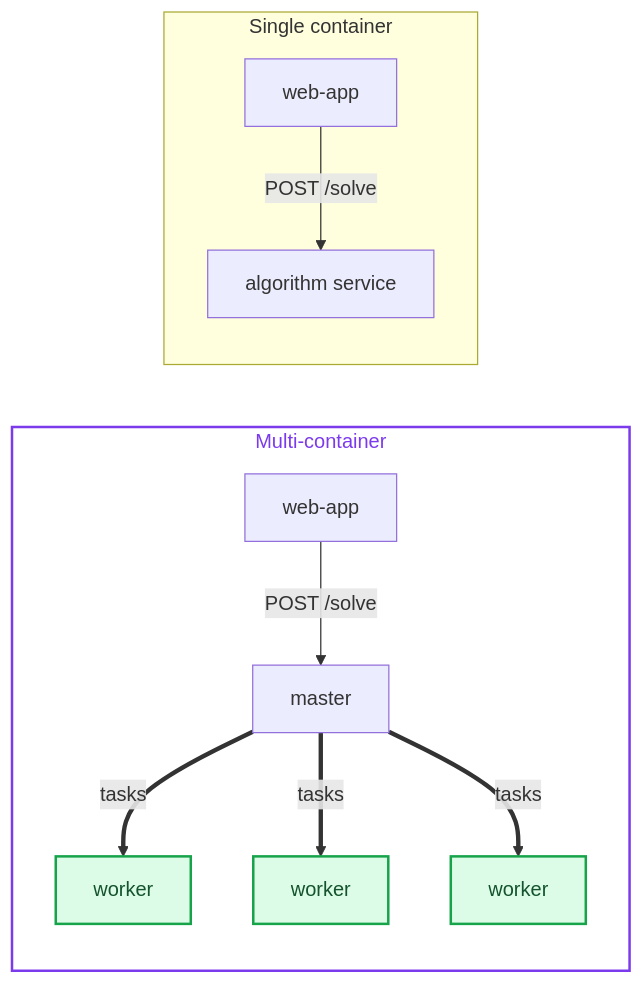
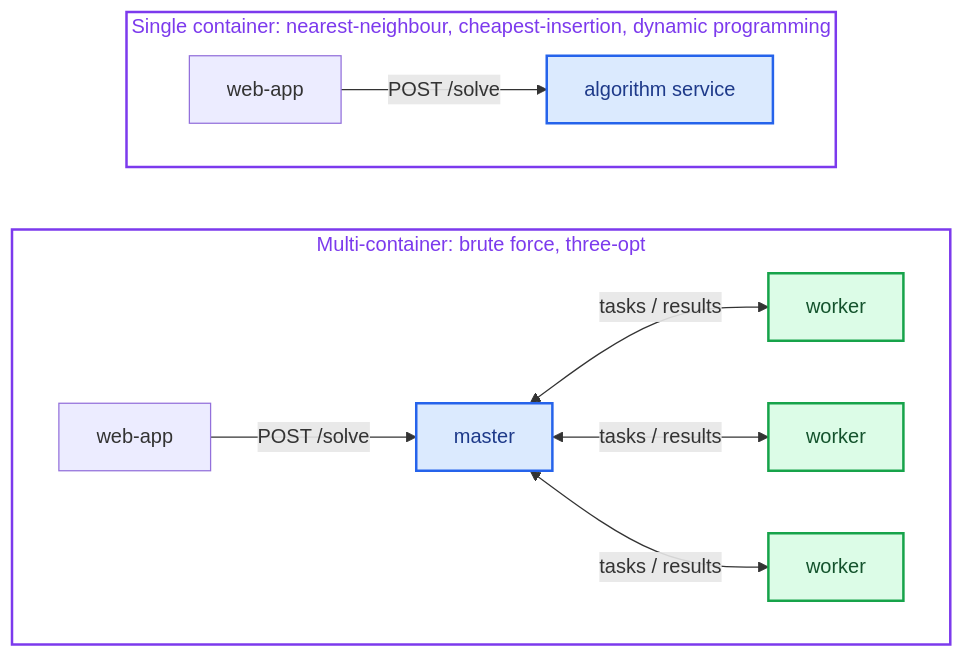
Before and after one commit to jadamsx/containerised-tsp: the diagram in README.md, drawn with Mermaid.

Commit message:
docs: match the two halves of the diagram

````diff
--- a/README.md
+++ b/README.md
@@ -15,14 +15,18 @@
 ```mermaid
 flowchart LR
-  subgraph multi["Multi-container"]
-    B["web-app"] -->|"POST /solve"| M["master"]
-    M ==>|"tasks"| W1["worker"]:::new
-    M ==>|"tasks"| W2["worker"]:::new
-    M ==>|"tasks"| W3["worker"]:::new
+  subgraph multi["Multi-container: brute force, three-opt"]
+    direction LR
+    B["web-app"] -->|"POST /solve"| M["master"]:::solver
+    M <-->|"tasks / results"| W1["worker"]:::worker
+    M <-->|"tasks / results"| W2["worker"]:::worker
+    M <-->|"tasks / results"| W3["worker"]:::worker
   end
-  subgraph single["Single container"]
-    A["web-app"] -->|"POST /solve"| S["algorithm service"]
+  subgraph single["Single container: nearest-neighbour, cheapest-insertion, dynamic programming"]
+    direction LR
+    A["web-app"] -->|"POST /solve"| S["algorithm service"]:::solver
   end
+  style single fill:none,stroke:#7c3aed,stroke-width:2px,color:#7c3aed
   style multi fill:none,stroke:#7c3aed,stroke-width:2px,color:#7c3aed
-  classDef new fill:#dcfce7,stroke:#16a34a,stroke-width:2px,color:#14532d
+  classDef solver fill:#dbeafe,stroke:#2563eb,stroke-width:2px,color:#1e3a8a
+  classDef worker fill:#dcfce7,stroke:#16a34a,stroke-width:2px,color:#14532d
 ```
````
